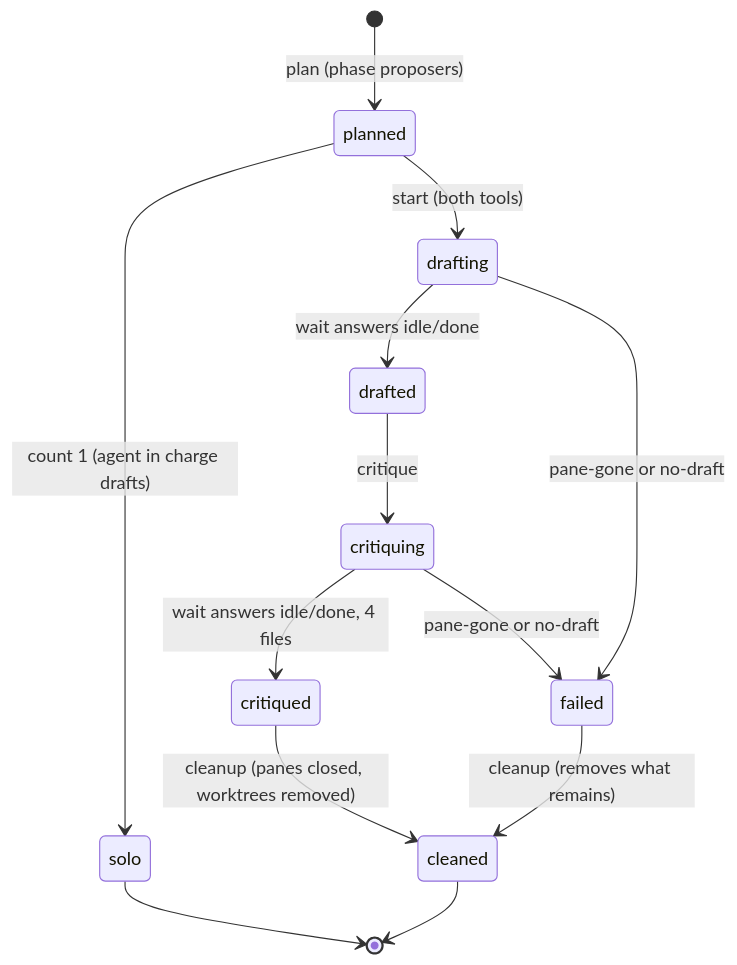
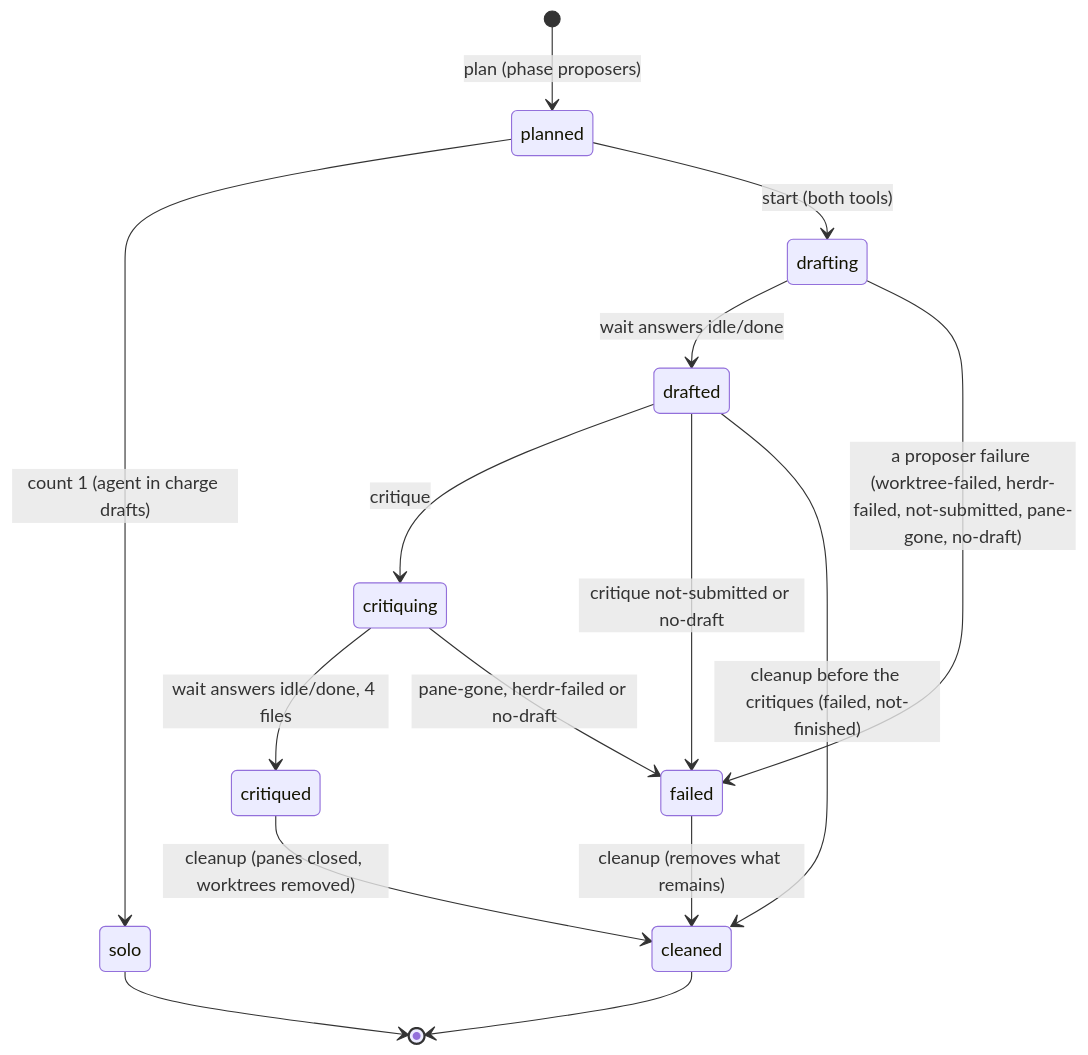
Before and after one commit to midnightblur/afk-driver: the fourth of 7 diagrams in docs/afk/178/SDD.md, drawn with Mermaid. The commit also changed other lines of this file, not shown here.

````diff
--- a/docs/afk/178/SDD.md
+++ b/docs/afk/178/SDD.md
@@ -236,15 +236,17 @@
 ```mermaid
 stateDiagram-v2
   [*] --> planned: plan (phase proposers)
   planned --> solo: count 1 (agent in charge drafts)
   planned --> drafting: start (both tools)
   drafting --> drafted: wait answers idle/done
   drafted --> critiquing: critique
   critiquing --> critiqued: wait answers idle/done, 4 files
   critiqued --> cleaned: cleanup (panes closed, worktrees removed)
-  drafting --> failed: pane-gone or no-draft
-  critiquing --> failed: pane-gone or no-draft
+  drafting --> failed: a proposer failure (worktree-failed, herdr-failed, not-submitted, pane-gone, no-draft)
+  drafted --> failed: critique not-submitted or no-draft
+  critiquing --> failed: pane-gone, herdr-failed or no-draft
+  drafted --> cleaned: cleanup before the critiques (failed, not-finished)
   failed --> cleaned: cleanup (removes what remains)
   solo --> [*]
   cleaned --> [*]
 ```
````
